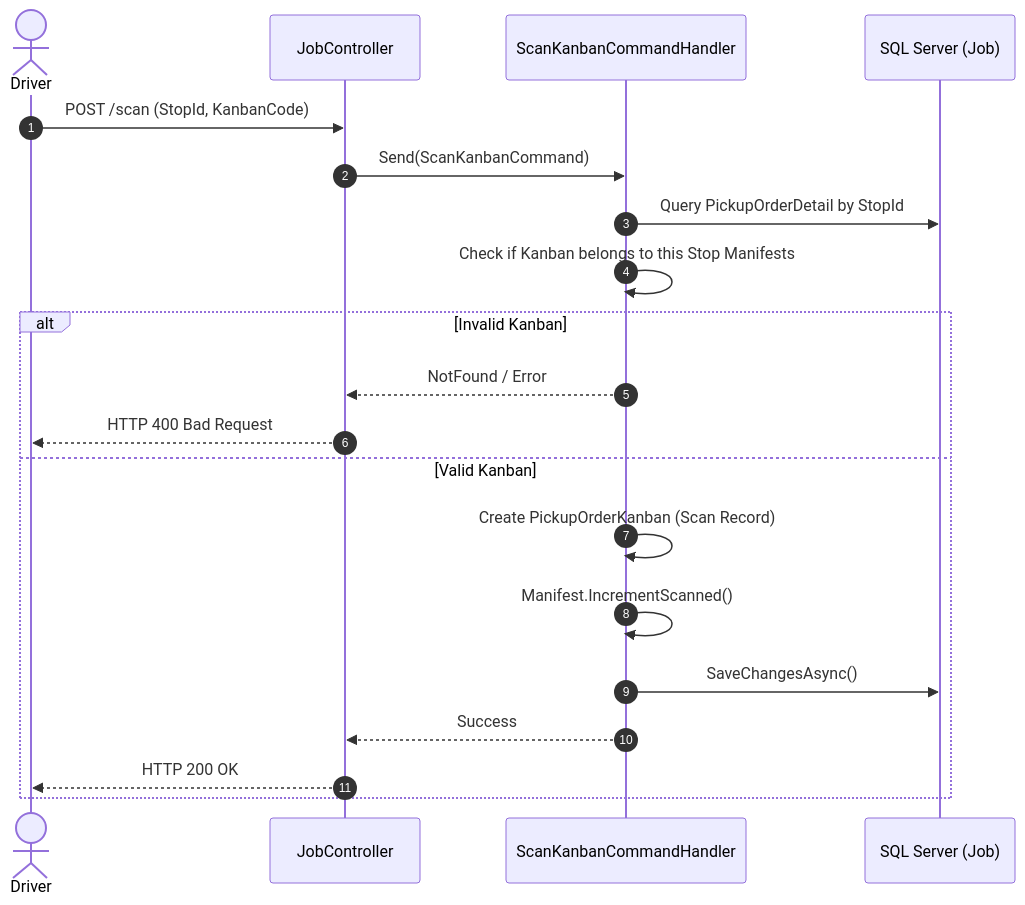
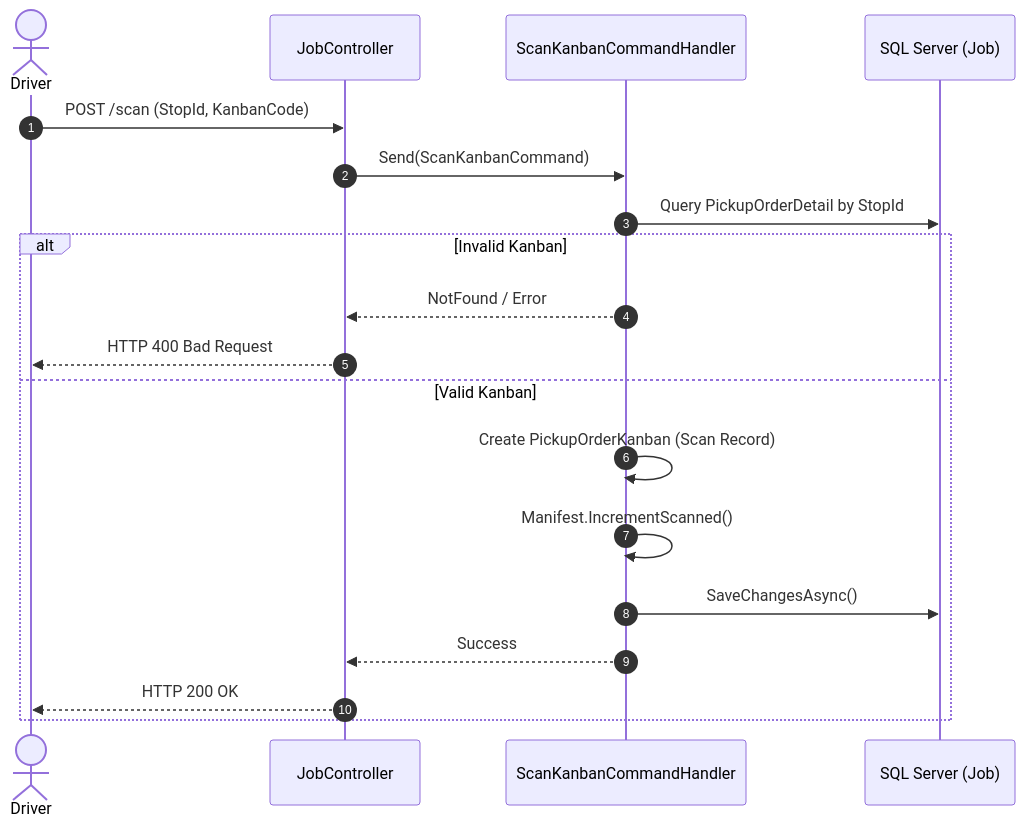
One commit to odealidj/minione-edcl-net changed the fifth of 8 diagrams in docs/architecture/api-sequence-diagrams.md. Above: the diagram before and after it, drawn with Mermaid. The commit also changed other lines of this file and 21 other files, not shown here.

````diff
--- a/docs/architecture/api-sequence-diagrams.md
+++ b/docs/architecture/api-sequence-diagrams.md
@@ -205,24 +183,23 @@
 ```mermaid
 sequenceDiagram
     autonumber
     actor Driver
     participant Ctrl as JobController
     participant Hndl as ScanKanbanCommandHandler
     participant DB as SQL Server (Job)
 
     Driver->>Ctrl: POST /scan (StopId, KanbanCode)
     Ctrl->>Hndl: Send(ScanKanbanCommand)
     Hndl->>DB: Query PickupOrderDetail by StopId
     
-    Hndl->>Hndl: Check if Kanban belongs to this Stop Manifests
     alt Invalid Kanban
         Hndl-->>Ctrl: NotFound / Error
         Ctrl-->>Driver: HTTP 400 Bad Request
     else Valid Kanban
         Hndl->>Hndl: Create PickupOrderKanban (Scan Record)
         Hndl->>Hndl: Manifest.IncrementScanned()
         Hndl->>DB: SaveChangesAsync()
         Hndl-->>Ctrl: Success
         Ctrl-->>Driver: HTTP 200 OK
     end
 ```
````
